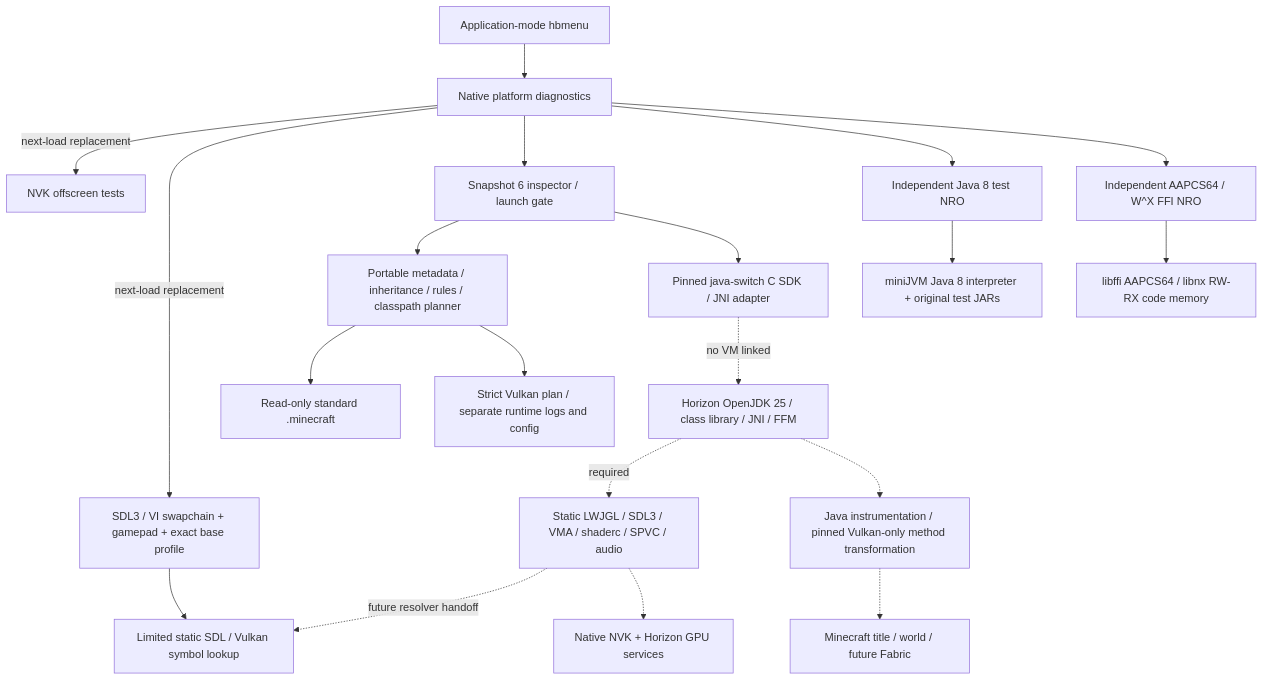
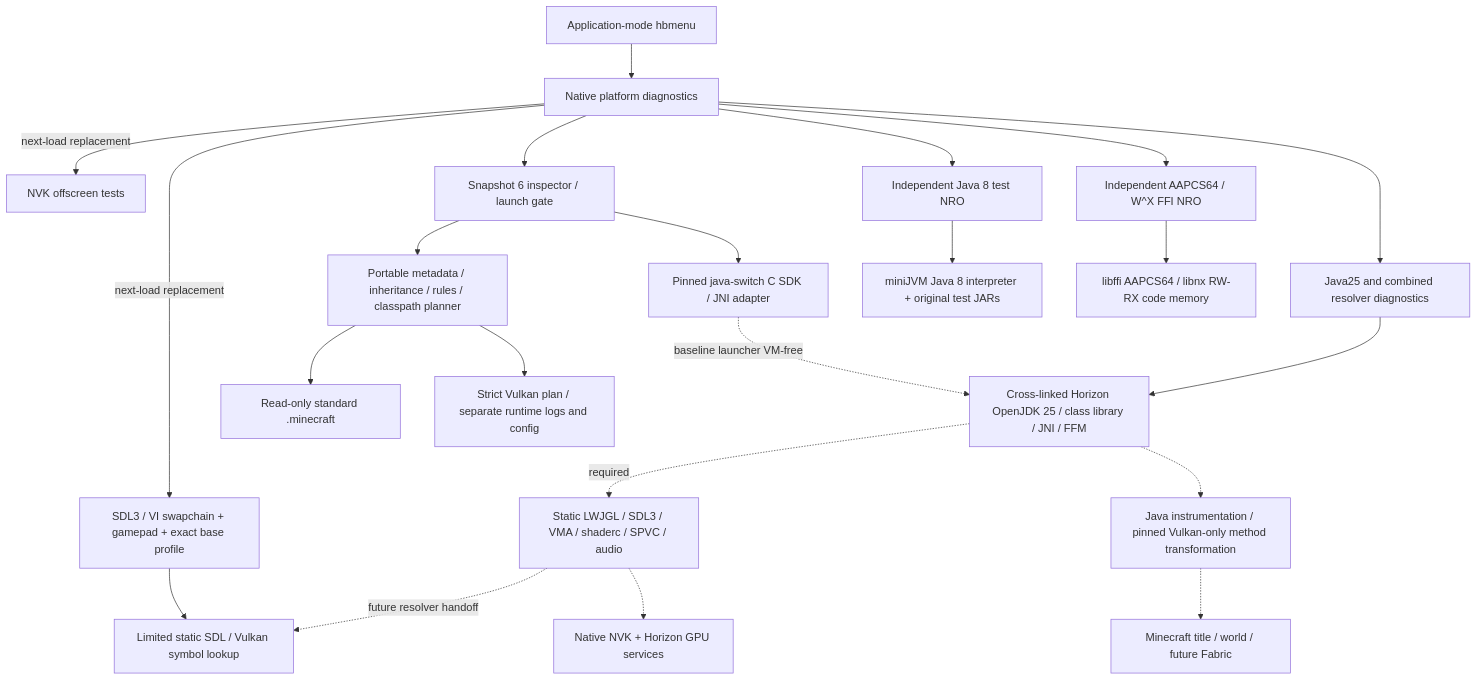
One commit to a1c7e0/switchcraft changed the first of 3 diagrams in docs/ARCHITECTURE.md. Above: the diagram before and after it, drawn with Mermaid. The commit also changed other lines of this file and 13 other files, not shown here.

````diff
--- a/docs/ARCHITECTURE.md
+++ b/docs/ARCHITECTURE.md
@@ -7,22 +7,24 @@
 ```mermaid
 flowchart TD
   HB[Application-mode hbmenu] --> D[Native platform diagnostics]
   D -->|next-load replacement| V[NVK offscreen tests]
   D -->|next-load replacement| W[SDL3 / VI swapchain + gamepad + exact base profile]
   D --> L[Snapshot 6 inspector / launch gate]
   D --> J[Independent Java 8 test NRO]
   D --> F[Independent AAPCS64 / W^X FFI NRO]
   L --> M[Portable metadata / inheritance / rules / classpath planner]
   M --> INSTALL[Read-only standard .minecraft]
   M --> PLAN[Strict Vulkan plan / separate runtime logs and config]
   L --> SDK[Pinned java-switch C SDK / JNI adapter]
-  SDK -. no VM linked .-> JVM[Horizon OpenJDK 25 / class library / JNI / FFM]
+  D --> VMTEST[Java25 and combined resolver diagnostics]
+  VMTEST --> JVM[Cross-linked Horizon OpenJDK 25 / class library / JNI / FFM]
+  SDK -. baseline launcher VM-free .-> JVM
   JVM -. required .-> LW[Static LWJGL / SDL3 / VMA / shaderc / SPVC / audio]
   W --> LOOKUP[Limited static SDL / Vulkan symbol lookup]
   LW -. future resolver handoff .-> LOOKUP
   LW -.-> NVK[Native NVK + Horizon GPU services]
   JVM -.-> BRIDGE[Java instrumentation / pinned Vulkan-only method transformation]
   BRIDGE -.-> MC[Minecraft title / world / future Fabric]
   J --> MINI[miniJVM Java 8 interpreter + original test JARs]
   F --> FFI[libffi AAPCS64 / libnx RW-RX code memory]
 ```
````
